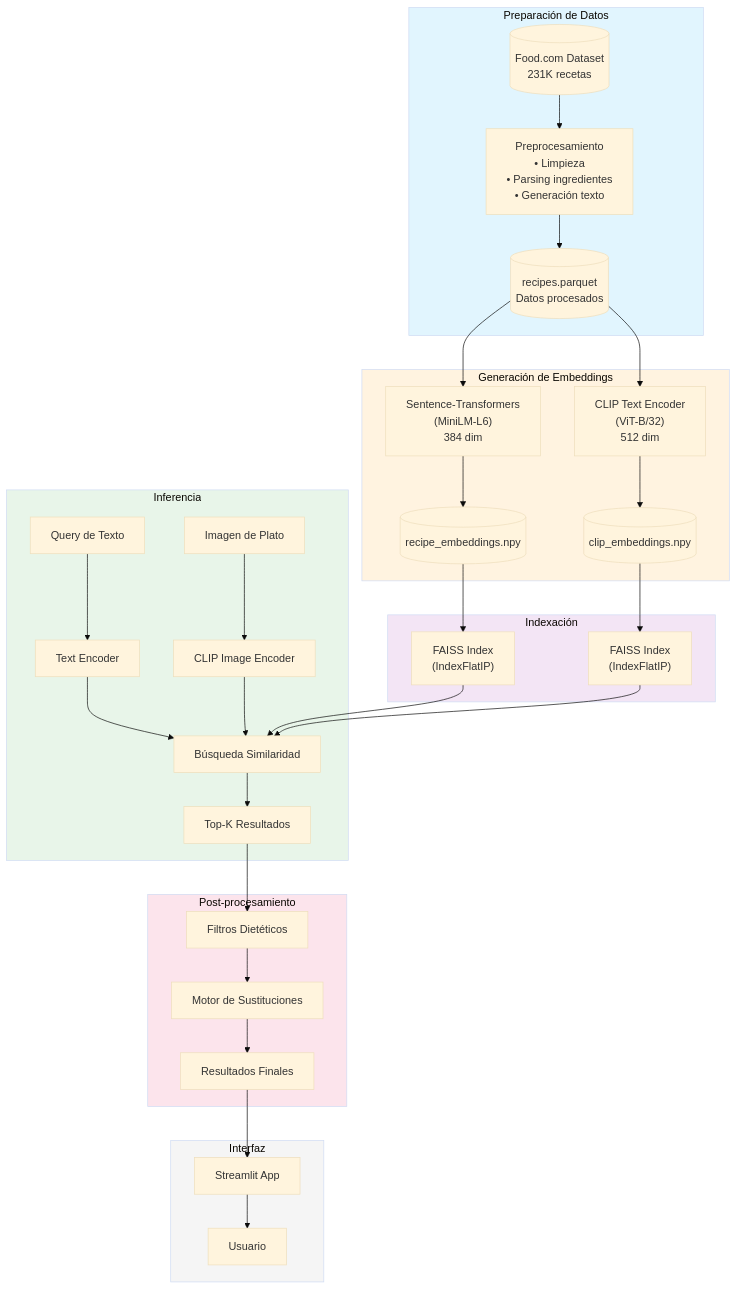
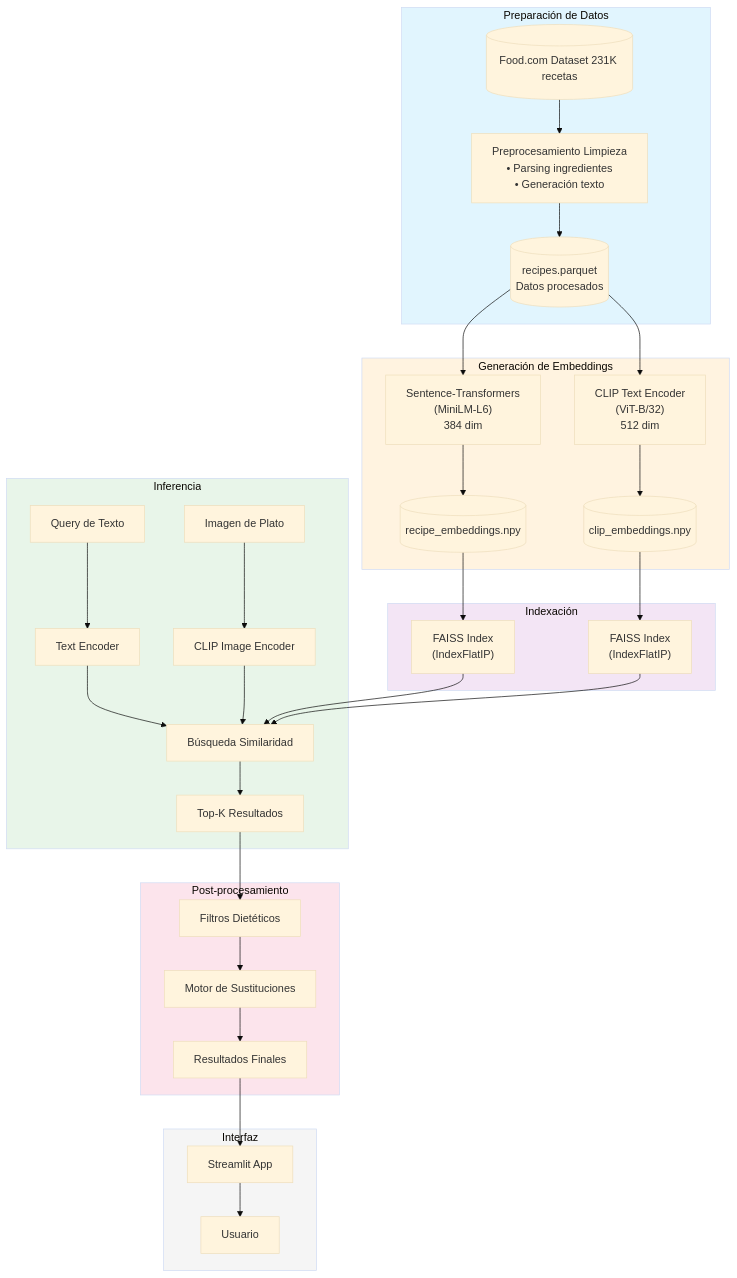
The first of 2 diagrams in README.md (martinbrocca/CEIA-VIT), drawn with Mermaid (base theme) before and after one commit.

Commit message:
Ajustes al ReadMe

````diff
--- a/README.md
+++ b/README.md
@@ -15,47 +15,47 @@
 ```mermaid
 flowchart TB
     subgraph DATOS[" Preparación de Datos"]
-        A[("Food.com Dataset\n231K recetas")] --> B["Preprocesamiento\n• Limpieza\n• Parsing ingredientes\n• Generación texto"]
+        A[("Food.com Dataset 231K recetas")] --> B["Preprocesamiento Limpieza\n• Parsing ingredientes\n• Generación texto"]
         B --> C[("recipes.parquet\nDatos procesados")]
     end
 
     subgraph EMBEDDINGS[" Generación de Embeddings"]
         C --> D["Sentence-Transformers\n(MiniLM-L6)\n384 dim"]
         C --> E["CLIP Text Encoder\n(ViT-B/32)\n512 dim"]
         D --> F[("recipe_embeddings.npy")]
         E --> G[("clip_embeddings.npy")]
     end
 
     subgraph INDEX[" Indexación"]
         F --> H["FAISS Index\n(IndexFlatIP)"]
         G --> I["FAISS Index\n(IndexFlatIP)"]
     end
 
     subgraph INFERENCE[" Inferencia"]
         J["Query de Texto"] --> K["Text Encoder"]
         L["Imagen de Plato"] --> M["CLIP Image Encoder"]
         K --> N["Búsqueda Similaridad"]
         M --> N
         H --> N
         I --> N
         N --> O["Top-K Resultados"]
     end
 
     subgraph POSTPROCESS[" Post-procesamiento"]
         O --> P["Filtros Dietéticos"]
         P --> Q["Motor de Sustituciones"]
         Q --> R["Resultados Finales"]
     end
 
     subgraph UI[" Interfaz"]
         R --> S["Streamlit App"]
         S --> T["Usuario"]
     end
 
     style DATOS fill:#e1f5fe
     style EMBEDDINGS fill:#fff3e0
     style INDEX fill:#f3e5f5
     style INFERENCE fill:#e8f5e9
     style POSTPROCESS fill:#fce4ec
     style UI fill:#f5f5f5
 ```
````
